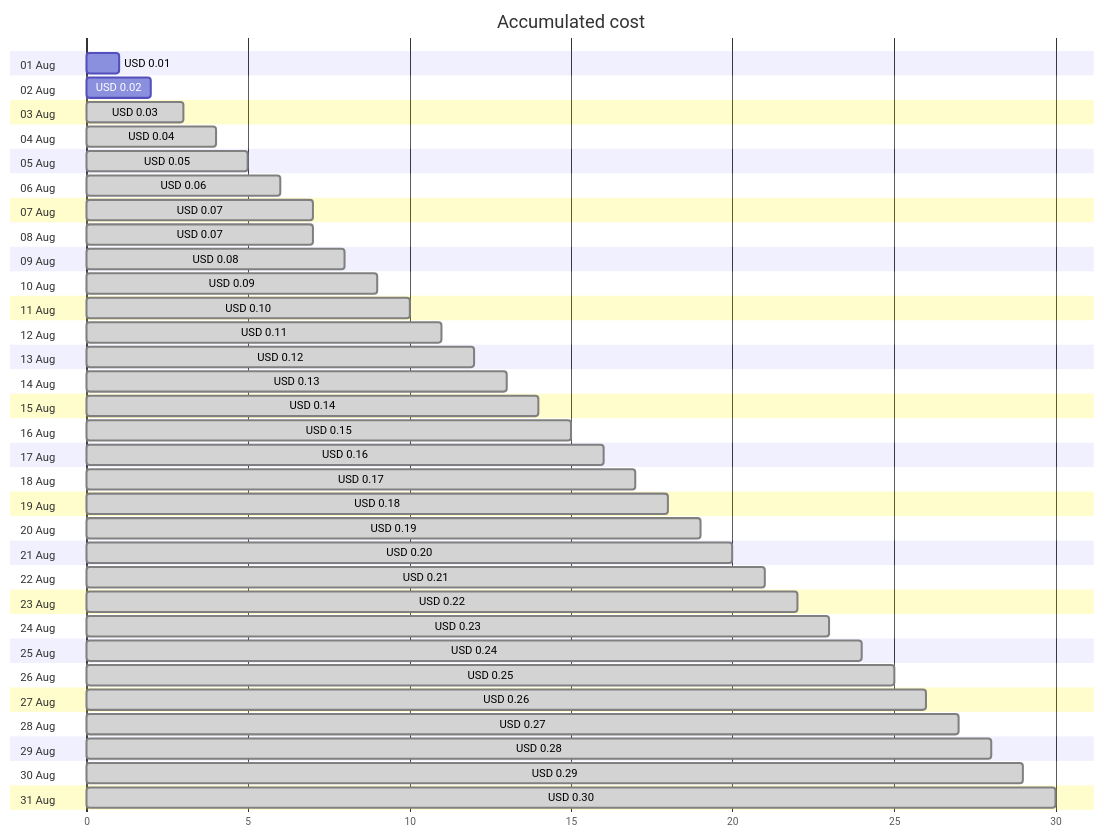
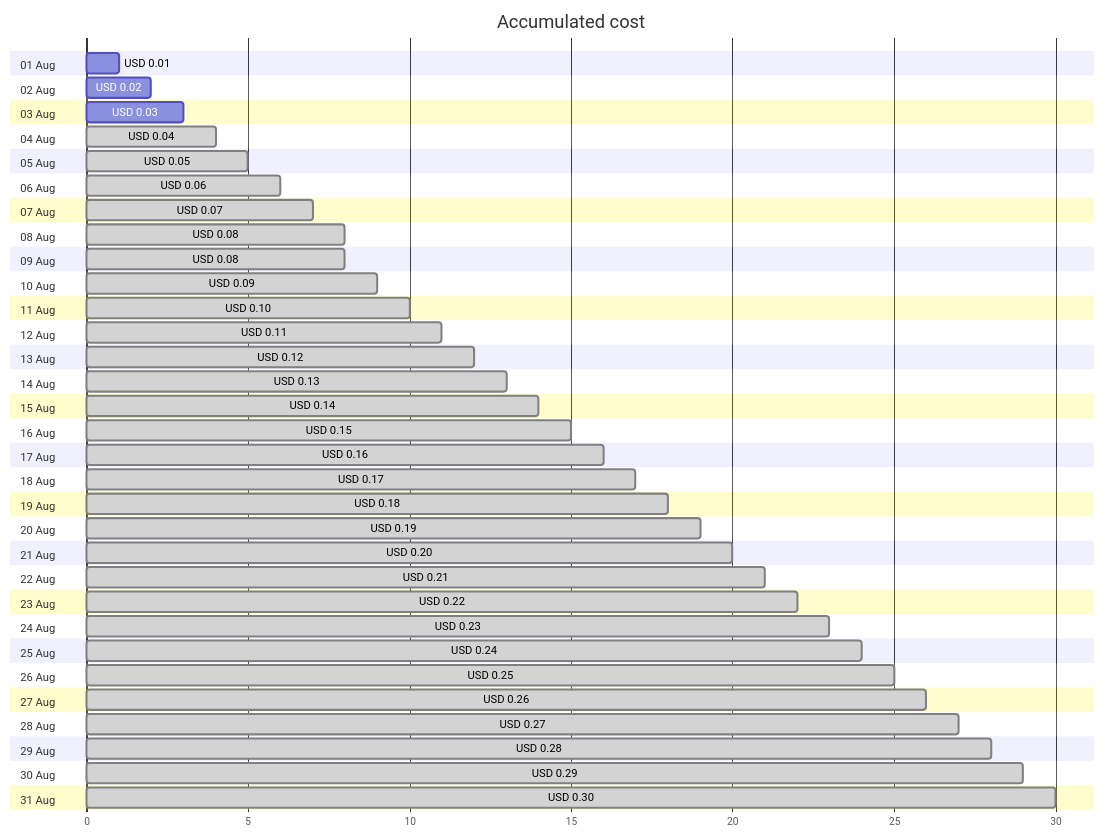
One commit to jpfulton/azure-personal-reports changed the first of 4 diagrams in cost-reports/cloud-shell-storage-eastus/README.md. Above: the diagram before and after it, drawn with Mermaid. The commit also changed other lines of this file and 1 other file, not shown here.

````diff
--- a/cost-reports/cloud-shell-storage-eastus/README.md
+++ b/cost-reports/cloud-shell-storage-eastus/README.md
@@ -20,68 +20,68 @@
 ```mermaid
 gantt
    title Accumulated cost
    dateFormat  X
    axisFormat %s
    section 01 Aug
    USD 0.01 :0, 1
    section 02 Aug
    USD 0.02 :0, 2
    section 03 Aug
-   USD 0.03 : done, 0, 3
+   USD 0.03 :0, 3
    section 04 Aug
    USD 0.04 : done, 0, 4
    section 05 Aug
    USD 0.05 : done, 0, 5
    section 06 Aug
    USD 0.06 : done, 0, 6
    section 07 Aug
    USD 0.07 : done, 0, 7
    section 08 Aug
-   USD 0.07 : done, 0, 7
+   USD 0.08 : done, 0, 8
    section 09 Aug
    USD 0.08 : done, 0, 8
    section 10 Aug
    USD 0.09 : done, 0, 9
    section 11 Aug
    USD 0.10 : done, 0, 10
    section 12 Aug
    USD 0.11 : done, 0, 11
    section 13 Aug
    USD 0.12 : done, 0, 12
    section 14 Aug
    USD 0.13 : done, 0, 13
    section 15 Aug
    USD 0.14 : done, 0, 14
    section 16 Aug
    USD 0.15 : done, 0, 15
    section 17 Aug
    USD 0.16 : done, 0, 16
    section 18 Aug
    USD 0.17 : done, 0, 17
    section 19 Aug
    USD 0.18 : done, 0, 18
    section 20 Aug
    USD 0.19 : done, 0, 19
    section 21 Aug
    USD 0.20 : done, 0, 20
    section 22 Aug
    USD 0.21 : done, 0, 21
    section 23 Aug
    USD 0.22 : done, 0, 22
    section 24 Aug
    USD 0.23 : done, 0, 23
    section 25 Aug
    USD 0.24 : done, 0, 24
    section 26 Aug
    USD 0.25 : done, 0, 25
    section 27 Aug
    USD 0.26 : done, 0, 26
    section 28 Aug
    USD 0.27 : done, 0, 27
    section 29 Aug
    USD 0.28 : done, 0, 28
    section 30 Aug
    USD 0.29 : done, 0, 29
    section 31 Aug
    USD 0.30 : done, 0, 30
 ```
````
